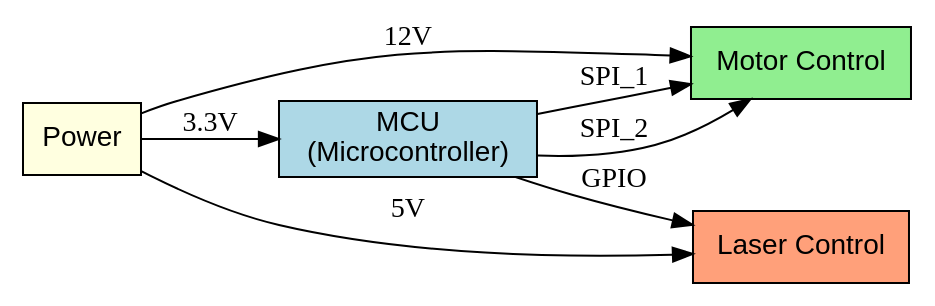
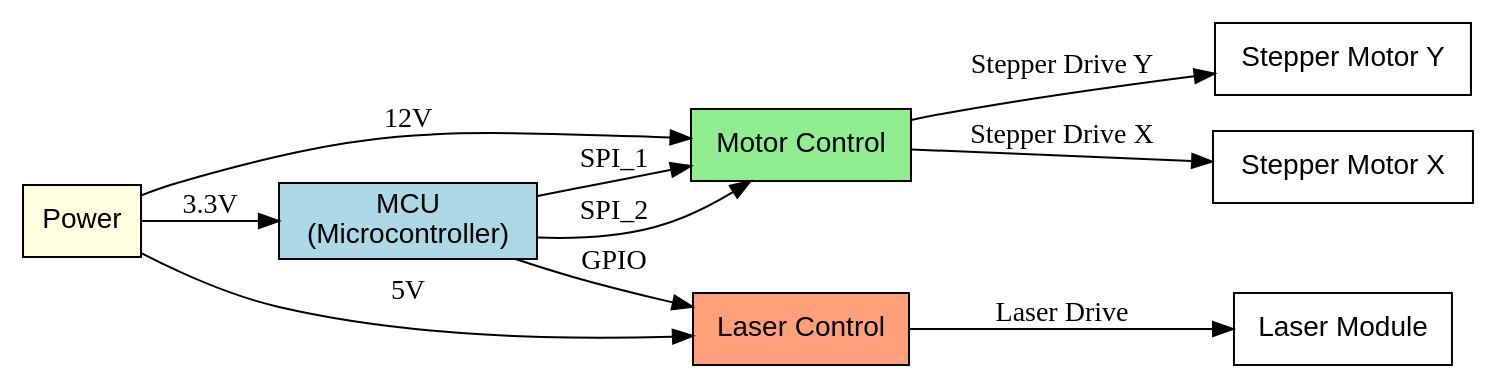
One commit to SteveMayze/Laser-Projector changed the diagram in docs/design/block-diagram.dot. Above: the diagram before and after it, drawn with Graphviz.

Commit message:
Update block diagram to include stepper motors and laser module as terminal actuator blocks

```diff
--- a/docs/design/block-diagram.dot
+++ b/docs/design/block-diagram.dot
@@ -1,20 +1,30 @@
 digraph BlockDiagram {
     rankdir=LR;
     node [shape=box, style=filled, fillcolor=lightgrey, fontname="Helvetica"];
 
     // Blocks
     Power        [label="Power", fillcolor=lightyellow];
     MCU          [label="MCU\n(Microcontroller)", fillcolor=lightblue];
     MotorControl [label="Motor Control", fillcolor=lightgreen];
     LaserControl [label="Laser Control", fillcolor=lightsalmon];
 
+    // Actuators
+    StepperX     [label="Stepper Motor X", fillcolor=white];
+    StepperY     [label="Stepper Motor Y", fillcolor=white];
+    LaserModule  [label="Laser Module", fillcolor=white];
+
     // Power outputs
     Power -> MCU          [label="3.3V"];
     Power -> LaserControl [label="5V"];
     Power -> MotorControl [label="12V"];
 
     // MCU outputs
     MCU -> MotorControl [label="SPI_1"];
     MCU -> MotorControl [label="SPI_2"];
     MCU -> LaserControl [label="GPIO"];
+
+    // Actuator connections
+    MotorControl -> StepperX    [label="Stepper Drive X"];
+    MotorControl -> StepperY    [label="Stepper Drive Y"];
+    LaserControl -> LaserModule [label="Laser Drive"];
 }
```
